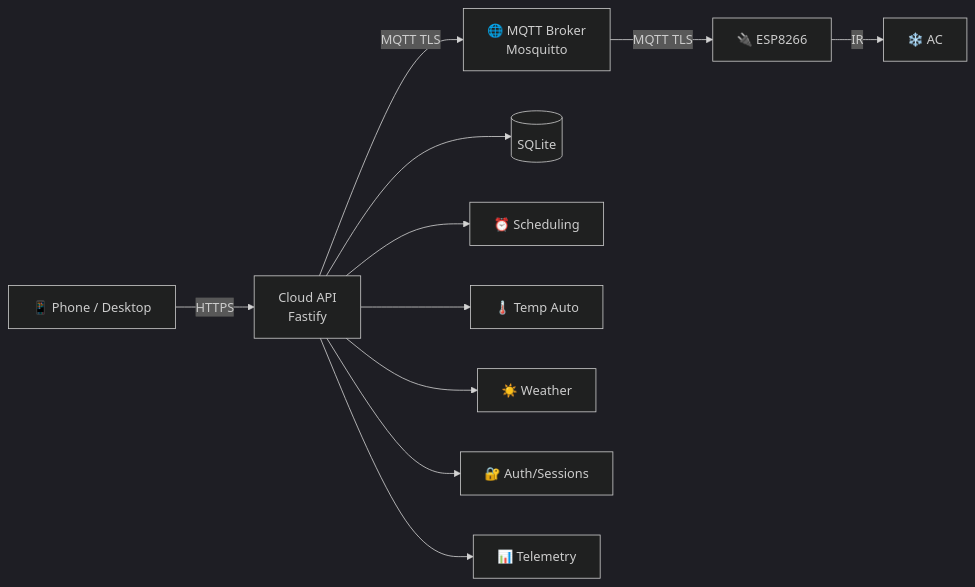
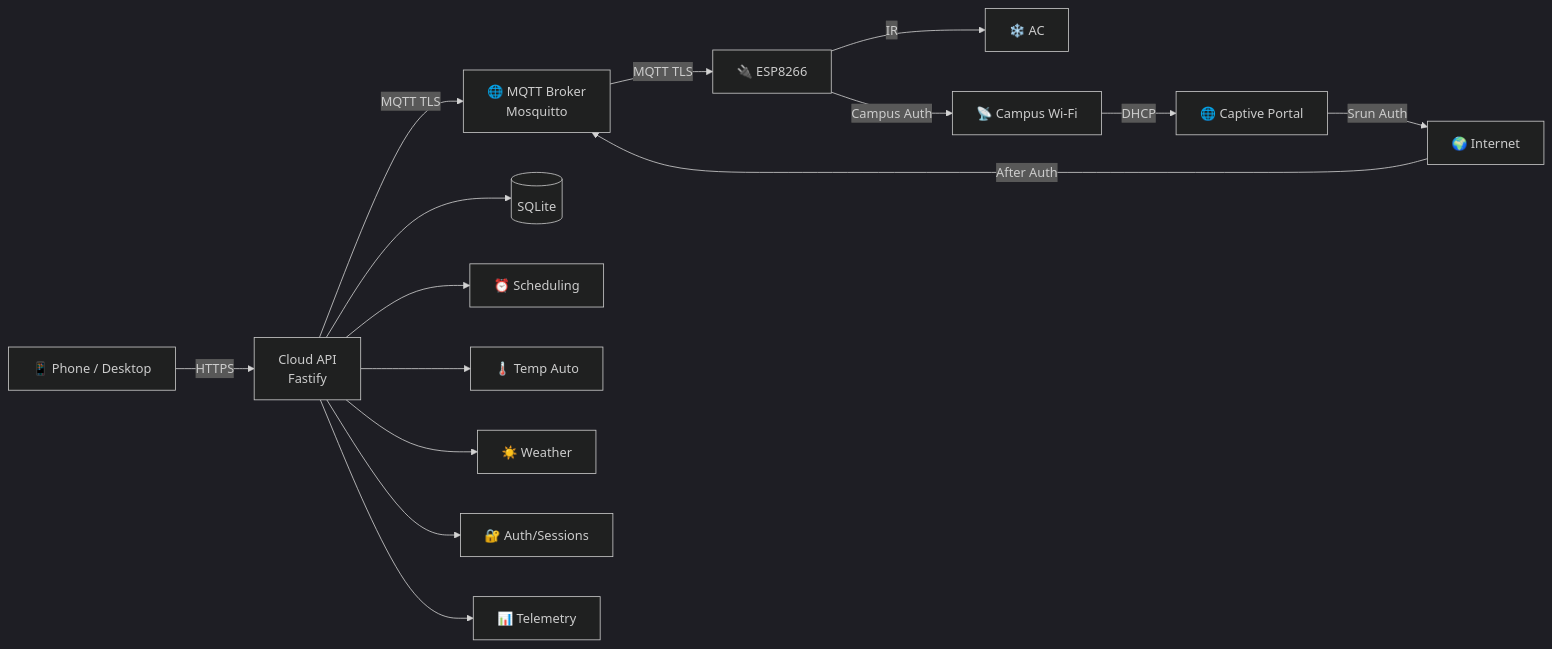
Before and after one commit to nobodycareme/remote-ac-controller: the diagram in docs/English/README.md, drawn with Mermaid (dark theme). The commit also changed other lines of this file and 18 other files, not shown here.

First line of the commit message:
docs: complete bilingual first-party documentation and campus auth feature

````diff
--- a/docs/English/README.md
+++ b/docs/English/README.md
@@ -47,14 +52,19 @@
 ```mermaid
 graph LR
     A[📱 Phone / Desktop] -->|HTTPS| B[Cloud API<br/>Fastify]
     B -->|MQTT TLS| C[🌐 MQTT Broker<br/>Mosquitto]
     C -->|MQTT TLS| D[🔌 ESP8266]
     D -->|IR| E[❄️ AC]
+
+    D -->|Campus Auth| P[📡 Campus Wi-Fi]
+    P -->|DHCP| Q[🌐 Captive Portal]
+    Q -->|Srun Auth| R[🌍 Internet]
+    R -->|After Auth| C
 
     B --> F[(SQLite)]
     B --> G[⏰ Scheduling]
     B --> H[🌡️ Temp Auto]
     B --> I[☀️ Weather]
     B --> J[🔐 Auth/Sessions]
     B --> K[📊 Telemetry]
 ```
````
